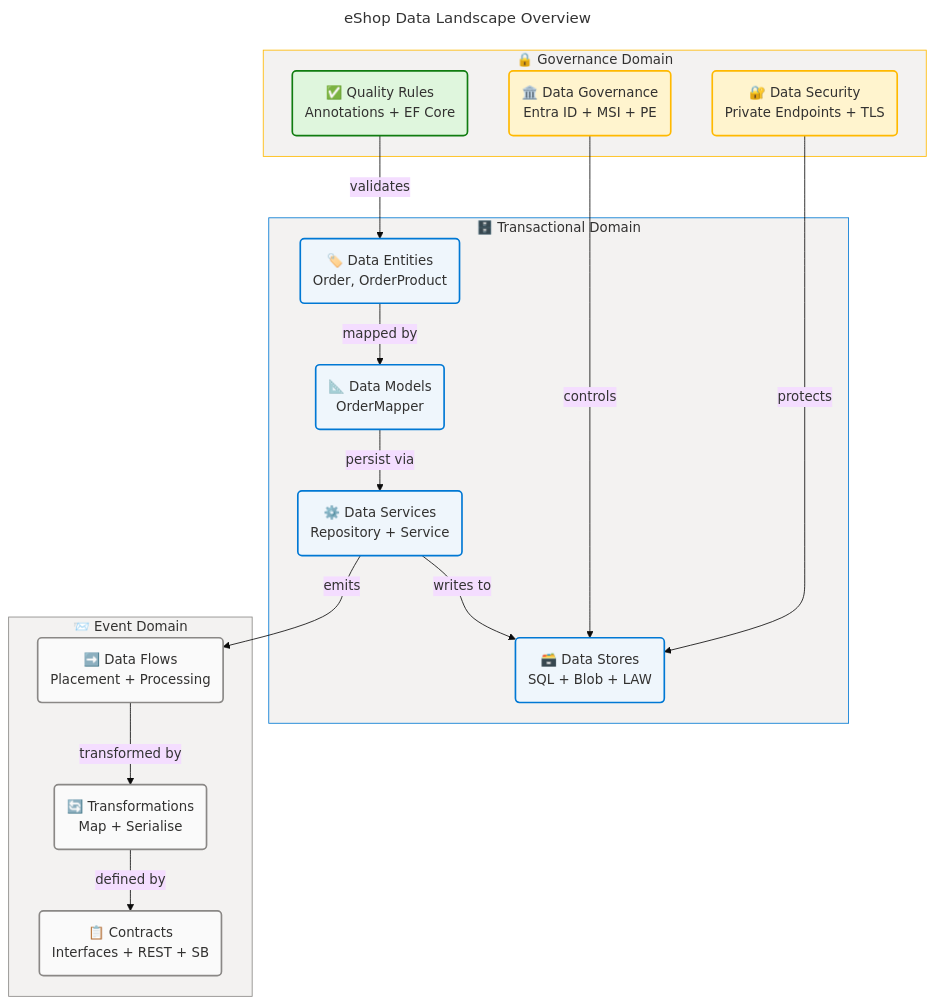
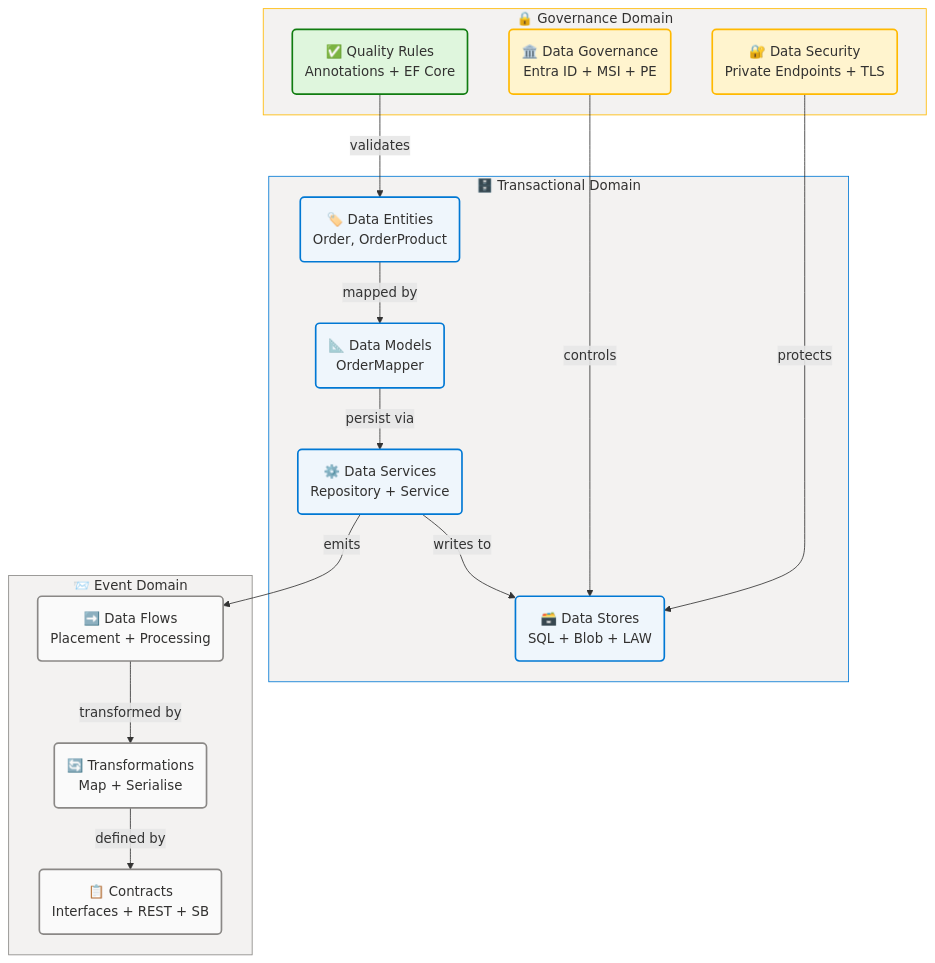
One commit to Evilazaro/Azure-LogicApps-Monitoring changed the third of 8 diagrams in docs/architecture/data-arch.md. Above: the diagram before and after it, drawn with Mermaid. The commit also changed other lines of this file, not shown here.

Commit message:
Remove unused mermaid diagram configurations from data architecture documentation

````diff
--- a/docs/architecture/data-arch.md
+++ b/docs/architecture/data-arch.md
@@ -296,65 +274,54 @@
 ```mermaid
----
-title: eShop Data Landscape Overview
-config:
-  theme: base
-  look: classic
-  layout: dagre
-  themeVariables:
-    fontSize: '16px'
-  flowchart:
-    htmlLabels: true
----
 flowchart TB
     accTitle: eShop Data Landscape Overview
     accDescr: Full data landscape showing all eleven data component types — entities, models, stores, flows, services, governance, quality rules, transformations, contracts, and security — grouped by domain.
 
     %% ═══════════════════════════════════════════════════════════════════════════
     %% AZURE / FLUENT ARCHITECTURE PATTERN v2.0
     %% (Semantic + Structural + Font + Accessibility Governance)
     %% ═══════════════════════════════════════════════════════════════════════════
     %% PHASE 1 - FLUENT UI: All styling uses approved Fluent UI palette only
     %% PHASE 2 - GROUPS: Every subgraph has semantic color via style directive
     %% PHASE 3 - COMPONENTS: Every node has semantic classDef + icon prefix
     %% PHASE 4 - ACCESSIBILITY: accTitle/accDescr present, WCAG AA contrast
     %% PHASE 5 - STANDARD: Governance block present, classDefs centralized
     %% ═══════════════════════════════════════════════════════════════════════════
 
     subgraph txn["🗄️ Transactional Domain"]
         Entities("🏷️ Data Entities<br/>Order, OrderProduct"):::core
         Models("📐 Data Models<br/>OrderMapper"):::core
         Stores("🗃️ Data Stores<br/>SQL + Blob + LAW"):::core
         Services("⚙️ Data Services<br/>Repository + Service"):::core
     end
 
     subgraph event["📨 Event Domain"]
         Flows("➡️ Data Flows<br/>Placement + Processing"):::neutral
         Transforms("🔄 Transformations<br/>Map + Serialise"):::neutral
         Contracts("📋 Contracts<br/>Interfaces + REST + SB"):::neutral
     end
 
     subgraph govern["🔒 Governance Domain"]
         Governance("🏛️ Data Governance<br/>Entra ID + MSI + PE"):::warning
         Quality("✅ Quality Rules<br/>Annotations + EF Core"):::success
         Security("🔐 Data Security<br/>Private Endpoints + TLS"):::warning
     end
 
     Entities -->|"mapped by"| Models
     Models -->|"persist via"| Services
     Services -->|"writes to"| Stores
     Services -->|"emits"| Flows
     Flows -->|"transformed by"| Transforms
     Transforms -->|"defined by"| Contracts
     Governance -->|"controls"| Stores
     Quality -->|"validates"| Entities
     Security -->|"protects"| Stores
 
     classDef core fill:#EFF6FC,stroke:#0078D4,stroke-width:2px,color:#323130
     classDef neutral fill:#FAFAFA,stroke:#8A8886,stroke-width:2px,color:#323130
     classDef success fill:#DFF6DD,stroke:#107C10,stroke-width:2px,color:#323130
     classDef warning fill:#FFF4CE,stroke:#FFB900,stroke-width:2px,color:#323130
 
     style txn fill:#F3F2F1,stroke:#0078D4,stroke-width:1px,color:#323130
     style event fill:#F3F2F1,stroke:#8A8886,stroke-width:1px,color:#323130
     style govern fill:#F3F2F1,stroke:#FFB900,stroke-width:1px,color:#323130
 ```
````
